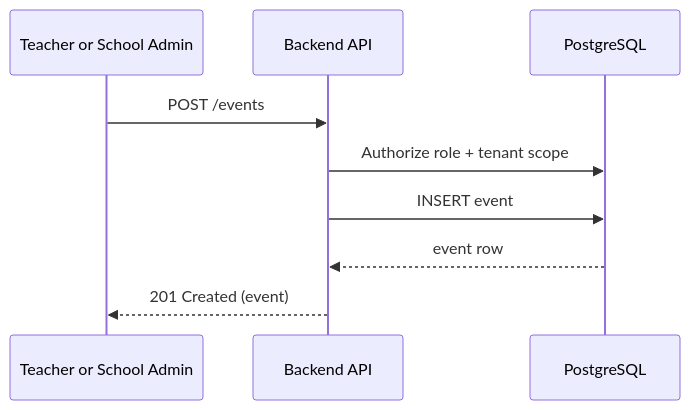
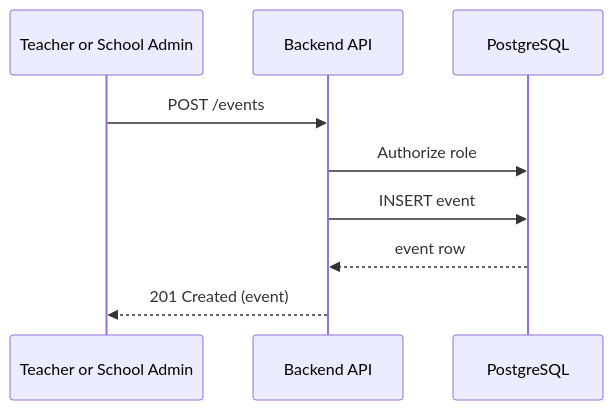
The fourth of 10 diagrams in architecture-homework/docs/api-design.md (KaterynaKocheharova/Multi-tenant-architecture), drawn with Mermaid before and after one commit. The commit also changed other lines of this file and 1 other file, not shown here.

Commit message:
polish api-design

````diff
--- a/architecture-homework/docs/api-design.md
+++ b/architecture-homework/docs/api-design.md
@@ -329,12 +310,12 @@
 ```mermaid
 sequenceDiagram
   participant User as Teacher or School Admin
   participant API as Backend API
   participant DB as PostgreSQL
 
   User->>API: POST /events
-  API->>DB: Authorize role + tenant scope
+  API->>DB: Authorize role
   API->>DB: INSERT event
   DB-->>API: event row
   API-->>User: 201 Created (event)
 ```
````
